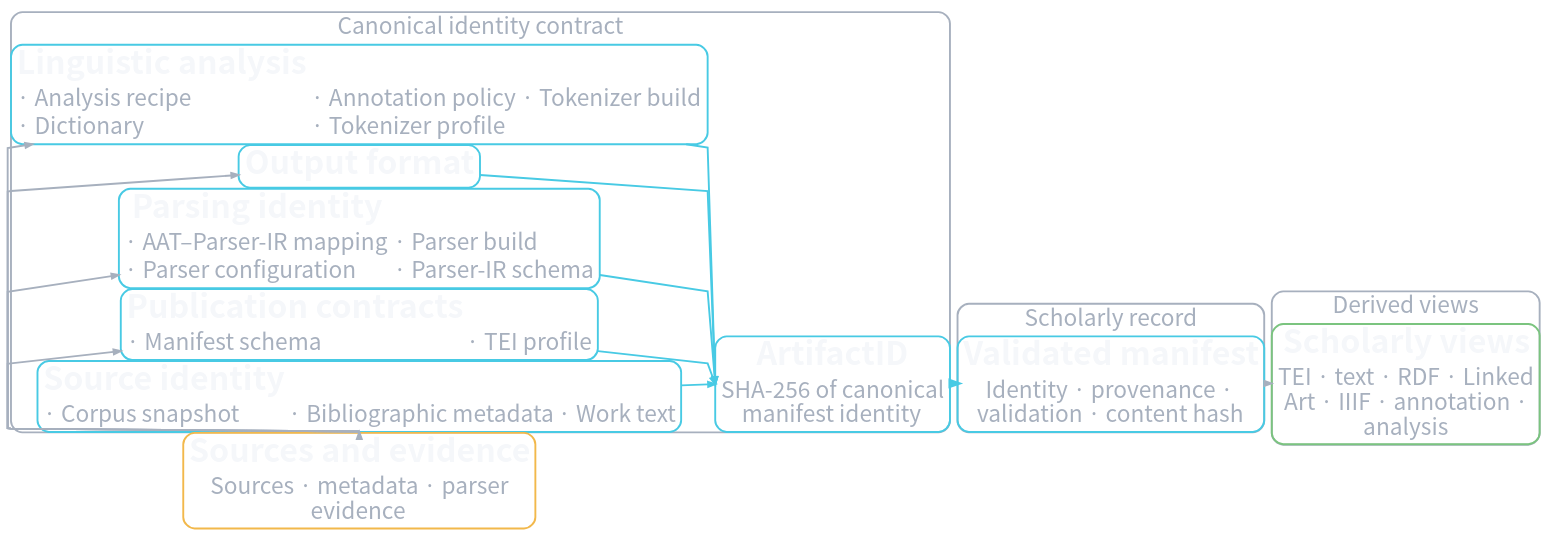
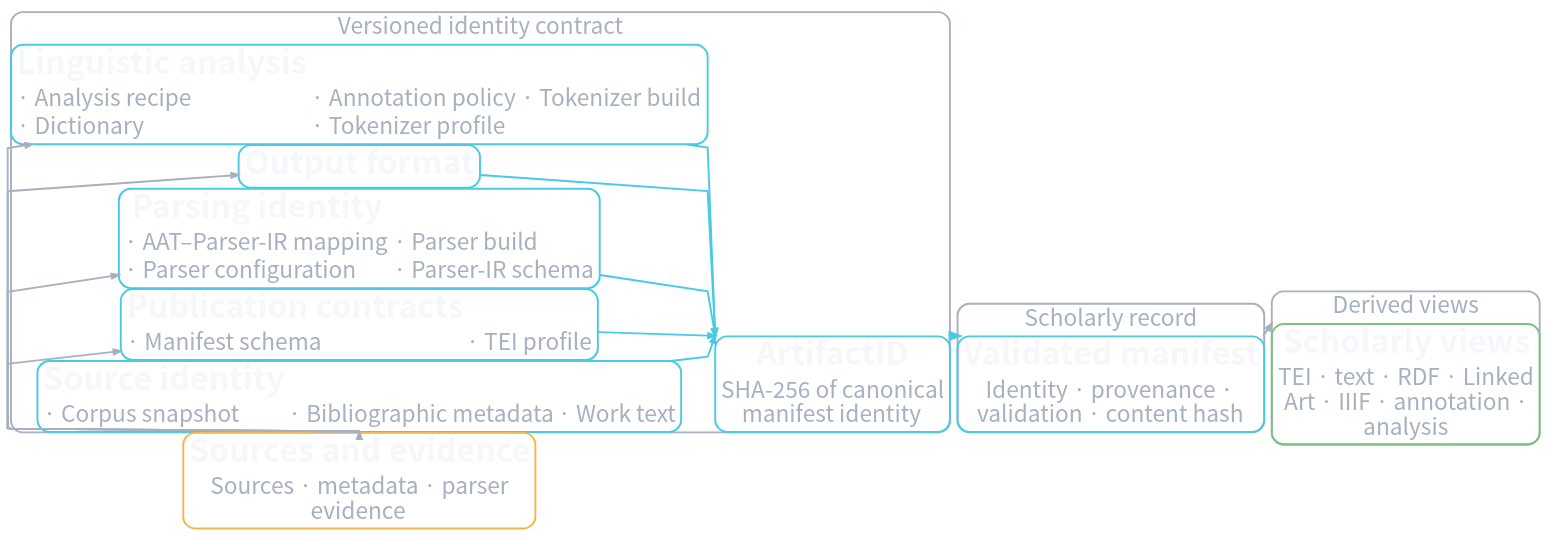
Before and after one commit to borh/abc: the diagram in abc/docs/figures/soranoha-reproducibility-architecture.dot, drawn with Graphviz. The commit also changed 3 other files, not shown here.

Commit message:
docs(diagram): regenerate cleaner academic figures

```diff
--- a/abc/docs/figures/soranoha-reproducibility-architecture.dot
+++ b/abc/docs/figures/soranoha-reproducibility-architecture.dot
@@ -1,60 +1,60 @@
 // GENERATED by clojure -M:abc/presentation-diagrams — do not edit
 digraph "reproducibility" {
   graph [bgcolor="transparent",concentrate="true",fontcolor="#F5F7FA",fontname="Noto Sans CJK JP",margin="0",nodesep="0.02",pad="0.05",rankdir="LR",ranksep="0.10",splines="polyline"];
   node [fontname="Noto Sans CJK JP",margin="0.04,0.02"];
   edge [arrowsize="0.75"];
   subgraph "cluster_derived" {
     label="Derived views";
     color="#A7B0BE";
     penwidth="2";
     fontname="Noto Sans CJK JP";
     fontcolor="#A7B0BE";
     fontsize="24";
     margin="0";
     style="rounded";
     "views" [color="#7BC47F",fontcolor="#F5F7FA",group="primary",label=<<TABLE BORDER="0" CELLBORDER="0" CELLPADDING="1"><TR><TD><FONT POINT-SIZE="34"><B>Scholarly views</B></FONT></TD></TR><TR><TD><FONT COLOR="#A7B0BE" POINT-SIZE="24">TEI · text · RDF · Linked<BR/>Art · IIIF · annotation ·<BR/>analysis</FONT></TD></TR></TABLE>>,penwidth="2",shape="rect",style="rounded"];
   }
   subgraph "cluster_identity_contract" {
-    label="Canonical identity contract";
+    label="Versioned identity contract";
     color="#A7B0BE";
     penwidth="2";
     fontname="Noto Sans CJK JP";
     fontcolor="#A7B0BE";
     fontsize="24";
     margin="0";
     style="rounded";
     "analysis" [color="#48CAE4",fontcolor="#F5F7FA",label=<<TABLE BORDER="0" CELLBORDER="0" CELLPADDING="1"><TR><TD><FONT POINT-SIZE="34"><B>Linguistic analysis</B></FONT></TD></TR><TR><TD ALIGN="LEFT"><FONT COLOR="#A7B0BE" POINT-SIZE="24">· Analysis recipe</FONT></TD><TD ALIGN="LEFT"><FONT COLOR="#A7B0BE" POINT-SIZE="24">· Annotation policy</FONT></TD><TD ALIGN="LEFT"><FONT COLOR="#A7B0BE" POINT-SIZE="24">· Tokenizer build</FONT></TD></TR><TR><TD ALIGN="LEFT"><FONT COLOR="#A7B0BE" POINT-SIZE="24">· Dictionary</FONT></TD><TD ALIGN="LEFT"><FONT COLOR="#A7B0BE" POINT-SIZE="24">· Tokenizer profile</FONT></TD></TR></TABLE>>,penwidth="2",shape="rect",style="rounded"];
     "artifact_id" [color="#48CAE4",fontcolor="#F5F7FA",group="primary",label=<<TABLE BORDER="0" CELLBORDER="0" CELLPADDING="1"><TR><TD><FONT POINT-SIZE="34"><B>ArtifactID</B></FONT></TD></TR><TR><TD><FONT COLOR="#A7B0BE" POINT-SIZE="24">SHA-256 of canonical<BR/>manifest identity</FONT></TD></TR></TABLE>>,penwidth="2",shape="rect",style="rounded"];
     "output" [color="#48CAE4",fontcolor="#F5F7FA",label=<<TABLE BORDER="0" CELLBORDER="0" CELLPADDING="1"><TR><TD><FONT POINT-SIZE="34"><B>Output format</B></FONT></TD></TR></TABLE>>,penwidth="2",shape="rect",style="rounded"];
     "parsing" [color="#48CAE4",fontcolor="#F5F7FA",label=<<TABLE BORDER="0" CELLBORDER="0" CELLPADDING="1"><TR><TD><FONT POINT-SIZE="34"><B>Parsing identity</B></FONT></TD></TR><TR><TD ALIGN="LEFT"><FONT COLOR="#A7B0BE" POINT-SIZE="24">· AAT–Parser-IR mapping</FONT></TD><TD ALIGN="LEFT"><FONT COLOR="#A7B0BE" POINT-SIZE="24">· Parser build</FONT></TD></TR><TR><TD ALIGN="LEFT"><FONT COLOR="#A7B0BE" POINT-SIZE="24">· Parser configuration</FONT></TD><TD ALIGN="LEFT"><FONT COLOR="#A7B0BE" POINT-SIZE="24">· Parser-IR schema</FONT></TD></TR></TABLE>>,penwidth="2",shape="rect",style="rounded"];
     "publication" [color="#48CAE4",fontcolor="#F5F7FA",label=<<TABLE BORDER="0" CELLBORDER="0" CELLPADDING="1"><TR><TD><FONT POINT-SIZE="34"><B>Publication contracts</B></FONT></TD></TR><TR><TD ALIGN="LEFT"><FONT COLOR="#A7B0BE" POINT-SIZE="24">· Manifest schema</FONT></TD><TD ALIGN="LEFT"><FONT COLOR="#A7B0BE" POINT-SIZE="24">· TEI profile</FONT></TD></TR></TABLE>>,penwidth="2",shape="rect",style="rounded"];
     "source" [color="#48CAE4",fontcolor="#F5F7FA",label=<<TABLE BORDER="0" CELLBORDER="0" CELLPADDING="1"><TR><TD><FONT POINT-SIZE="34"><B>Source identity</B></FONT></TD></TR><TR><TD ALIGN="LEFT"><FONT COLOR="#A7B0BE" POINT-SIZE="24">· Corpus snapshot</FONT></TD><TD ALIGN="LEFT"><FONT COLOR="#A7B0BE" POINT-SIZE="24">· Bibliographic metadata</FONT></TD><TD ALIGN="LEFT"><FONT COLOR="#A7B0BE" POINT-SIZE="24">· Work text</FONT></TD></TR></TABLE>>,penwidth="2",shape="rect",style="rounded"];
   }
   subgraph "cluster_record" {
     label="Scholarly record";
     color="#A7B0BE";
     penwidth="2";
     fontname="Noto Sans CJK JP";
     fontcolor="#A7B0BE";
     fontsize="24";
     margin="0";
     style="rounded";
     "manifest" [color="#48CAE4",fontcolor="#F5F7FA",group="primary",label=<<TABLE BORDER="0" CELLBORDER="0" CELLPADDING="1"><TR><TD><FONT POINT-SIZE="34"><B>Validated manifest</B></FONT></TD></TR><TR><TD><FONT COLOR="#A7B0BE" POINT-SIZE="24">Identity · provenance ·<BR/>validation · content hash</FONT></TD></TR></TABLE>>,penwidth="2",shape="rect",style="rounded"];
   }
     "sources" [color="#F2B84B",fontcolor="#F5F7FA",group="primary",label=<<TABLE BORDER="0" CELLBORDER="0" CELLPADDING="1"><TR><TD><FONT POINT-SIZE="34"><B>Sources and evidence</B></FONT></TD></TR><TR><TD><FONT COLOR="#A7B0BE" POINT-SIZE="24">Sources · metadata · parser<BR/>evidence</FONT></TD></TR></TABLE>>,penwidth="2",shape="rect",style="rounded"];
   "sources" -> "artifact_id" [style="invis",weight="100"];
   "artifact_id" -> "manifest" [style="invis",weight="100"];
   "manifest" -> "views" [style="invis",weight="100"];
-  "analysis" -> "artifact_id" [color="#48CAE4",fontcolor="#A7B0BE",fontname="Noto Sans CJK JP",fontsize="24",headport="w",penwidth="2",style="solid"];
-  "artifact_id" -> "manifest" [color="#48CAE4",fontcolor="#A7B0BE",fontname="Noto Sans CJK JP",fontsize="24",penwidth="4",style="solid"];
-  "manifest" -> "views" [color="#A7B0BE",fontcolor="#A7B0BE",fontname="Noto Sans CJK JP",fontsize="24",penwidth="2",style="solid"];
-  "output" -> "artifact_id" [color="#48CAE4",fontcolor="#A7B0BE",fontname="Noto Sans CJK JP",fontsize="24",headport="w",penwidth="2",style="solid"];
-  "parsing" -> "artifact_id" [color="#48CAE4",fontcolor="#A7B0BE",fontname="Noto Sans CJK JP",fontsize="24",headport="w",penwidth="2",style="solid"];
-  "publication" -> "artifact_id" [color="#48CAE4",fontcolor="#A7B0BE",fontname="Noto Sans CJK JP",fontsize="24",headport="w",penwidth="2",style="solid"];
-  "source" -> "artifact_id" [color="#48CAE4",fontcolor="#A7B0BE",fontname="Noto Sans CJK JP",fontsize="24",headport="w",penwidth="2",style="solid"];
+  "analysis" -> "artifact_id" [color="#48CAE4",fontcolor="#A7B0BE",fontname="Noto Sans CJK JP",fontsize="24",headport="nw",penwidth="2",style="solid"];
+  "artifact_id" -> "manifest" [color="#48CAE4",fontcolor="#A7B0BE",fontname="Noto Sans CJK JP",fontsize="24",headport="nw",penwidth="4",style="solid",tailport="ne"];
+  "manifest" -> "views" [color="#A7B0BE",fontcolor="#A7B0BE",fontname="Noto Sans CJK JP",fontsize="24",headport="nw",penwidth="2",style="solid",tailport="ne"];
+  "output" -> "artifact_id" [color="#48CAE4",fontcolor="#A7B0BE",fontname="Noto Sans CJK JP",fontsize="24",headport="nw",penwidth="2",style="solid"];
+  "parsing" -> "artifact_id" [color="#48CAE4",fontcolor="#A7B0BE",fontname="Noto Sans CJK JP",fontsize="24",headport="nw",penwidth="2",style="solid"];
+  "publication" -> "artifact_id" [color="#48CAE4",fontcolor="#A7B0BE",fontname="Noto Sans CJK JP",fontsize="24",headport="nw",penwidth="2",style="solid"];
+  "source" -> "artifact_id" [color="#48CAE4",fontcolor="#A7B0BE",fontname="Noto Sans CJK JP",fontsize="24",headport="nw",penwidth="2",style="solid"];
   "sources" -> "analysis" [color="#A7B0BE",fontcolor="#A7B0BE",fontname="Noto Sans CJK JP",fontsize="24",penwidth="2",style="solid",tailport="n"];
   "sources" -> "output" [color="#A7B0BE",fontcolor="#A7B0BE",fontname="Noto Sans CJK JP",fontsize="24",penwidth="2",style="solid",tailport="n"];
   "sources" -> "parsing" [color="#A7B0BE",fontcolor="#A7B0BE",fontname="Noto Sans CJK JP",fontsize="24",penwidth="2",style="solid",tailport="n"];
   "sources" -> "publication" [color="#A7B0BE",fontcolor="#A7B0BE",fontname="Noto Sans CJK JP",fontsize="24",penwidth="2",style="solid",tailport="n"];
   "sources" -> "source" [color="#A7B0BE",fontcolor="#A7B0BE",fontname="Noto Sans CJK JP",fontsize="24",penwidth="2",style="solid",tailport="n"];
 }
```
